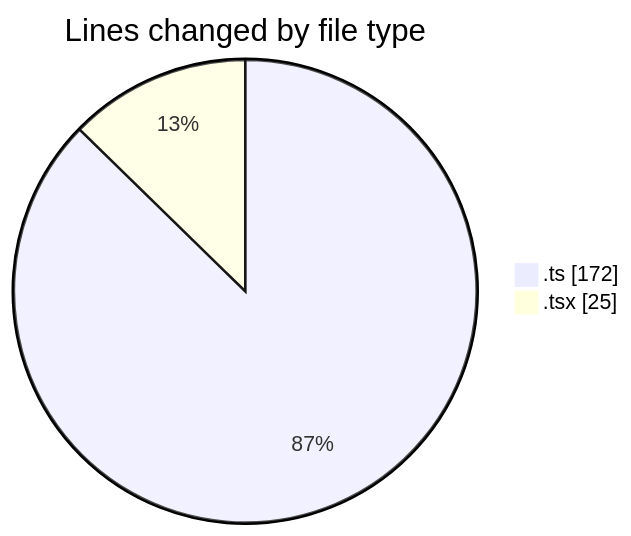
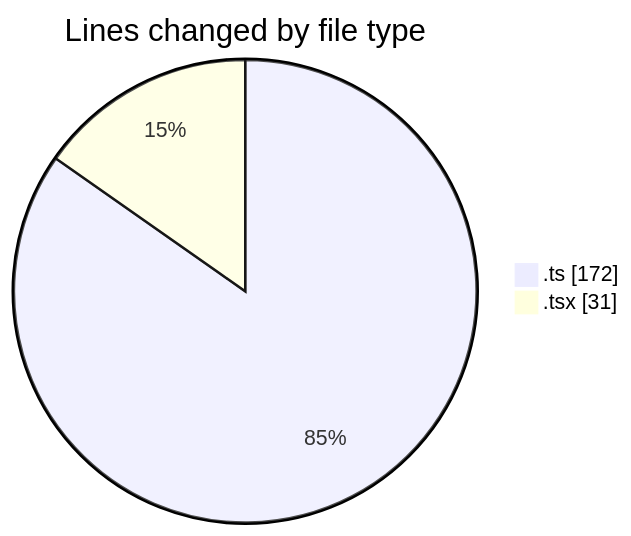
Before and after one commit to julien-gomy/code-tracking: the first of 2 diagrams in 2025-11-26/eventscop-frontend-guide__workspace_/README.md, drawn with Mermaid. The commit also changed other lines of this file and 1 other file, not shown here.

````diff
--- a/2025-11-26/eventscop-frontend-guide__workspace_/README.md
+++ b/2025-11-26/eventscop-frontend-guide__workspace_/README.md
@@ -22,6 +22,6 @@
 ```mermaid
 pie showData
 title Lines changed by file type
 ".ts" : 172
-".tsx" : 25
+".tsx" : 31
 ```
````
